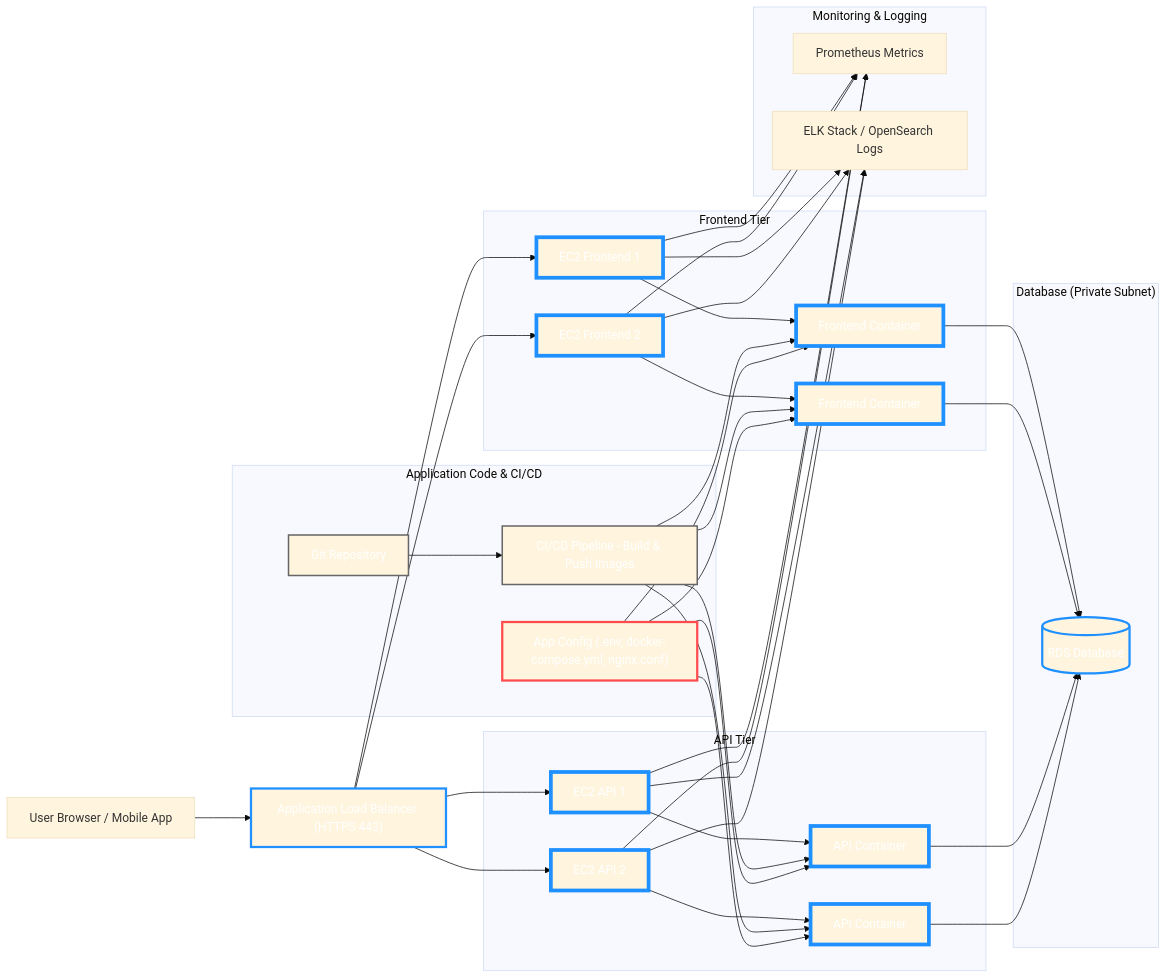
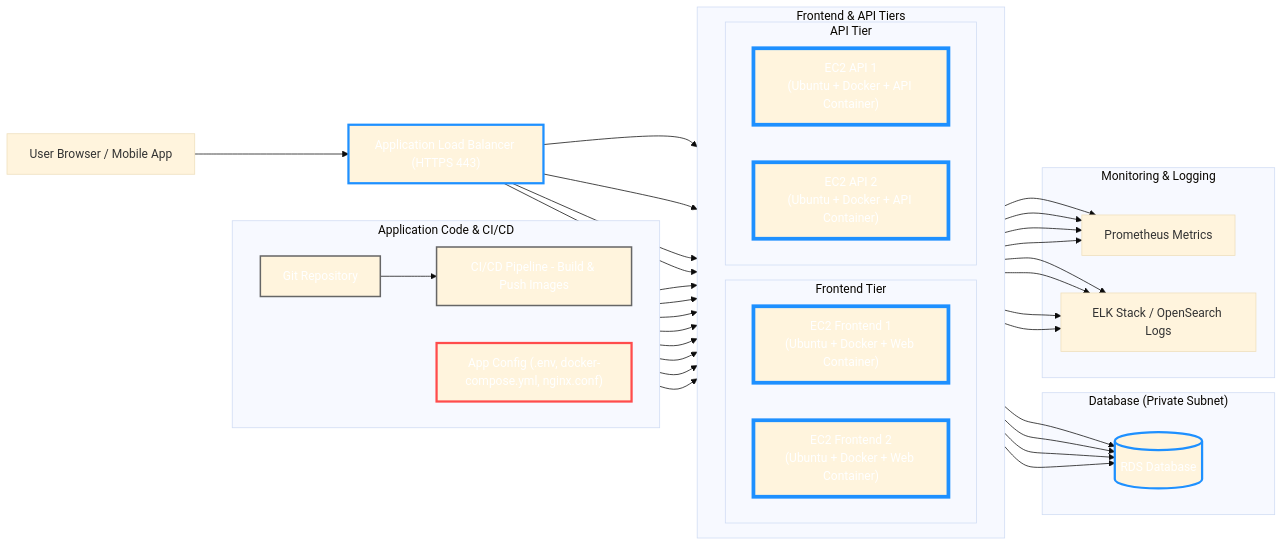
Before and after one commit to uploadtigris/project_CloudChef: the diagram in README.md, drawn with Mermaid (base theme).

Commit message:
Refactor README for clarity and structure

```diff
--- a/README.md
+++ b/README.md
@@ -50,68 +50,43 @@
     Client[User Browser / Mobile App] --> ALB["Application Load Balancer (HTTPS 443)"]
 
     %% ============================================================
-    %% Frontend Tier (Terraform + Ansible)
+    %% Frontend + API (Grouped Tightly)
     %% ============================================================
-    subgraph "Frontend Tier"
-        FTG1[EC2 Frontend 1]
-        FTG2[EC2 Frontend 2]
-        Web1[Frontend Container]
-        Web2[Frontend Container]
+    subgraph "Frontend & API Tiers"
+        direction LR
+
+        %% ---------------------- Frontend Tier ----------------------
+        subgraph "Frontend Tier"
+            FTG1["EC2 Frontend 1<br/>(Ubuntu + Docker + Web Container)"]
+            FTG2["EC2 Frontend 2<br/>(Ubuntu + Docker + Web Container)"]
+        end
+
+        %% ---------------------- API Tier ---------------------------
+        subgraph "API Tier"
+            APITG1["EC2 API 1<br/>(Ubuntu + Docker + API Container)"]
+            APITG2["EC2 API 2<br/>(Ubuntu + Docker + API Container)"]
+        end
     end
 
+    %% Connections to ALB
     ALB --> FTG1
     ALB --> FTG2
-
-    FTG1 --> Web1
-    FTG2 --> Web2
-
-    %% ============================================================
-    %% API Tier (Terraform + Ansible)
-    %% ============================================================
-    subgraph "API Tier"
-        APITG1[EC2 API 1]
-        APITG2[EC2 API 2]
-        API1[API Container]
-        API2[API Container]
-    end
-
     ALB --> APITG1
     ALB --> APITG2
 
-    APITG1 --> API1
-    APITG2 --> API2
 
     %% ============================================================
-    %% Database (Terraform Only)
+    %% Database Layer
     %% ============================================================
     subgraph "Database (Private Subnet)"
         RDS[(RDS Database)]
     end
 
-    Web1 --> RDS
-    Web2 --> RDS
-    API1 --> RDS
-    API2 --> RDS
+    FTG1 --> RDS
+    FTG2 --> RDS
+    APITG1 --> RDS
+    APITG2 --> RDS
 
-    %% ============================================================
-    %% CICD Layer (App Deployment Only)
-    %% ============================================================
-    subgraph "Application Code & CI/CD"
-        Git[Git Repository]
-        Pipeline[CI/CD Pipeline - Build & Push Images]
-        AppConfig["App Config (.env, docker-compose.yml, nginx.conf)"]
-    end
-
-    Git --> Pipeline
-    Pipeline --> Web1
-    Pipeline --> Web2
-    Pipeline --> API1
-    Pipeline --> API2
-
-    AppConfig --> Web1
-    AppConfig --> Web2
-    AppConfig --> API1
-    AppConfig --> API2
 
     %% ============================================================
     %% Monitoring Layer
@@ -133,24 +108,46 @@
 
 
     %% ============================================================
-    %% CLASS ASSIGNMENTS
+    %% CI/CD Layer (Bottom)
+    %% ============================================================
+    subgraph "Application Code & CI/CD"
+        direction LR
+        Git[Git Repository]
+        Pipeline[CI/CD Pipeline - Build & Push Images]
+        AppConfig["App Config (.env, docker-compose.yml, nginx.conf)"]
+    end
+
+    Git --> Pipeline
+    Pipeline --> FTG1
+    Pipeline --> FTG2
+    Pipeline --> APITG1
+    Pipeline --> APITG2
+
+    AppConfig --> FTG1
+    AppConfig --> FTG2
+    AppConfig --> APITG1
+    AppConfig --> APITG2
+
+
+    %% ============================================================
+    %% Class Assignments (Terraform / Ansible / Dual)
     %% ============================================================
 
-    %% Terraform Only
-    class ALB,VPC,RDS terraform;
+    %% Terraform-only resources
+    class ALB,RDS terraform;
 
-    %% Ansible Only
+    %% Ansible-only resources
     class AppConfig ansible;
 
-    %% Terraform + Ansible (dual outline)
-    class FTG1,FTG2,APITG1,APITG2,Web1,Web2,API1,API2 dual;
+    %% Dual (Terraform + Ansible)
+    class FTG1,FTG2,APITG1,APITG2 dual;
 
-    %% CI/CD (neutral)
+    %% Neutral
     class Git,Pipeline neutral;
 
 
     %% ============================================================
-    %% COLOR DEFINITIONS
+    %% Color Definitions
     %% ============================================================
 
     %% Blue border = Terraform
@@ -159,7 +156,7 @@
     %% Red border = Ansible
     classDef ansible stroke:#FF4C4C,stroke-width:3px,color:#fff;
 
-    %% Dual border = Terraform outer, Ansible inner
+    %% Dual = Terraform outer (blue) + smaller inner (red) effect
     classDef dual stroke:#1E90FF,stroke-width:5px,color:#fff;
 
     %% Neutral gray
```
